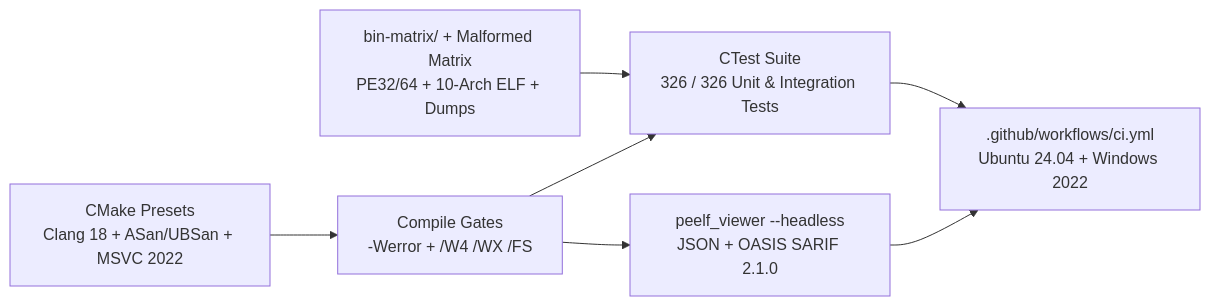
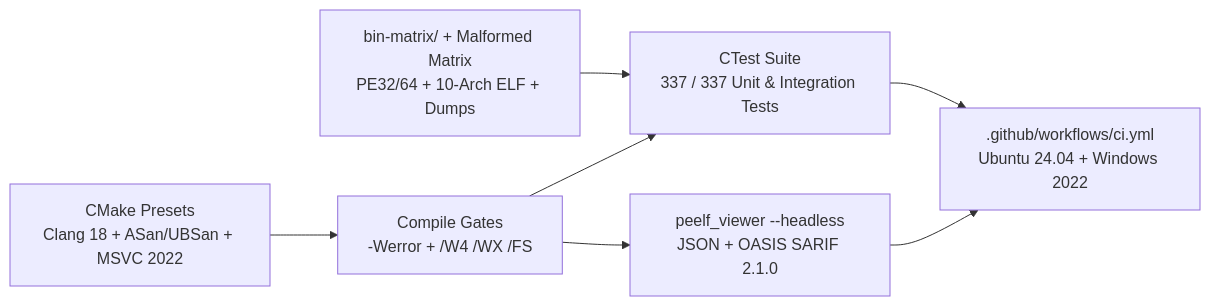
The seventh of 7 diagrams in docs/ARCHITECTURE.md (wsollers/exe_viewer), drawn with Mermaid before and after one commit. The commit also changed other lines of this file and 21 other files, not shown here.

````diff
--- a/docs/ARCHITECTURE.md
+++ b/docs/ARCHITECTURE.md
@@ -196,16 +196,16 @@
 ```mermaid
 flowchart LR
     matrix["bin-matrix/ + Malformed Matrix<br/>PE32/64 + 10-Arch ELF + Dumps"]
     presets["CMake Presets<br/>Clang 18 + ASan/UBSan + MSVC 2022"]
     gates["Compile Gates<br/>-Werror + /W4 /WX /FS"]
-    ctest["CTest Suite<br/>326 / 326 Unit & Integration Tests"]
+    ctest["CTest Suite<br/>337 / 337 Unit & Integration Tests"]
     headless["peelf_viewer --headless<br/>JSON + OASIS SARIF 2.1.0"]
     gha[".github/workflows/ci.yml<br/>Ubuntu 24.04 + Windows 2022"]
 
     matrix --> ctest
     presets --> gates
     gates --> ctest
     gates --> headless
     ctest --> gha
     headless --> gha
 ```
````
